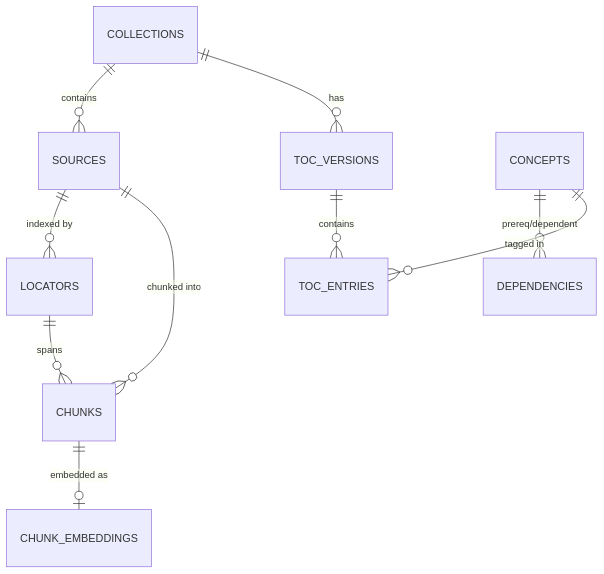
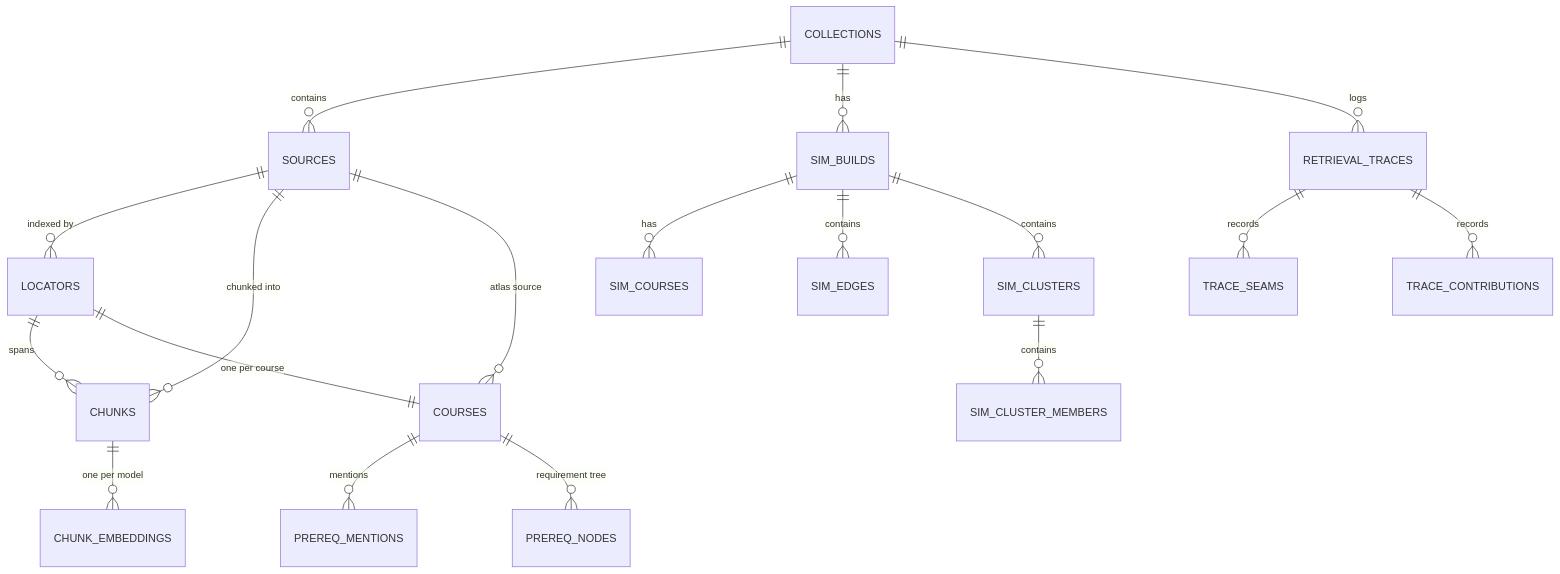
One commit to RileyK05/Emory_STEM_Advisor changed the first of 4 diagrams in docs/architecture.md. Above: the diagram before and after it, drawn with Mermaid. The commit also changed other lines of this file and 95 other files, not shown here.

````diff
--- a/docs/architecture.md
+++ b/docs/architecture.md
@@ -34,12 +208,20 @@
 ```mermaid
 erDiagram
+    COLLECTIONS ||--o{ SOURCES : contains
     SOURCES ||--o{ LOCATORS : "indexed by"
     SOURCES ||--o{ CHUNKS : "chunked into"
-    LOCATORS ||--o{ CHUNKS : "spans"
-    CHUNKS ||--o| CHUNK_EMBEDDINGS : "embedded as"
-    COLLECTIONS ||--o{ SOURCES : "contains"
-    COLLECTIONS ||--o{ TOC_VERSIONS : "has"
-    TOC_VERSIONS ||--o{ TOC_ENTRIES : "contains"
-    CONCEPTS ||--o{ DEPENDENCIES : "prereq/dependent"
-    CONCEPTS ||--o{ TOC_ENTRIES : "tagged in"
+    LOCATORS ||--o{ CHUNKS : spans
+    CHUNKS ||--o{ CHUNK_EMBEDDINGS : "one per model"
+    SOURCES ||--o{ COURSES : "atlas source"
+    LOCATORS ||--|| COURSES : "one per course"
+    COURSES ||--o{ PREREQ_MENTIONS : mentions
+    COURSES ||--o{ PREREQ_NODES : "requirement tree"
+    COLLECTIONS ||--o{ SIM_BUILDS : has
+    SIM_BUILDS ||--o{ SIM_COURSES : has
+    SIM_BUILDS ||--o{ SIM_EDGES : contains
+    SIM_BUILDS ||--o{ SIM_CLUSTERS : contains
+    SIM_CLUSTERS ||--o{ SIM_CLUSTER_MEMBERS : contains
+    COLLECTIONS ||--o{ RETRIEVAL_TRACES : logs
+    RETRIEVAL_TRACES ||--o{ TRACE_SEAMS : records
+    RETRIEVAL_TRACES ||--o{ TRACE_CONTRIBUTIONS : records
 ```
````
